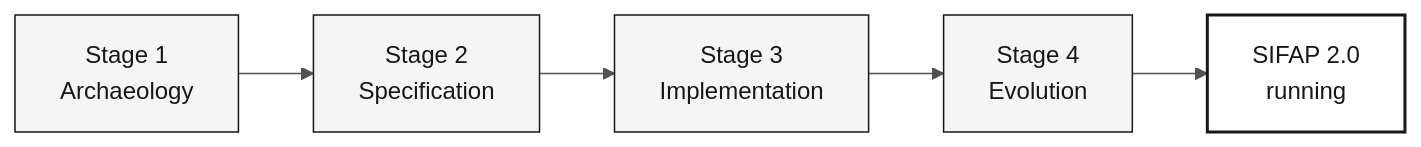
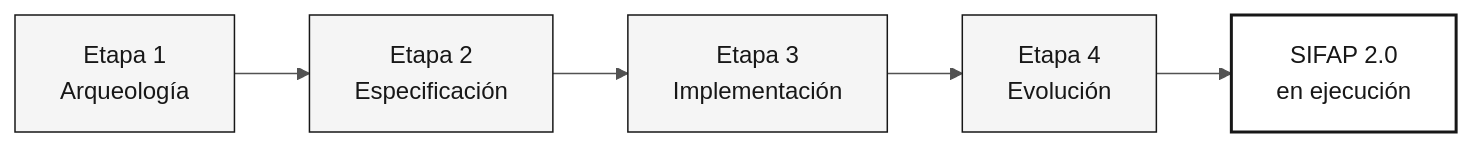
The diagram in docs/DOC-STYLE-GUIDE.md (paulasilvatech/datacorp-sifap-team-kit-pt-br), drawn with Mermaid before and after one commit. The commit also changed other lines of this file and 386 other files, not shown here.

````diff
--- a/docs/DOC-STYLE-GUIDE.md
+++ b/docs/DOC-STYLE-GUIDE.md
@@ -139,13 +139,13 @@
 ```mermaid
 %%{init: {'theme':'neutral','themeVariables':{'fontFamily':'ui-sans-serif, system-ui, sans-serif','primaryColor':'#F5F5F5','primaryTextColor':'#171717','primaryBorderColor':'#171717','lineColor':'#525252','secondaryColor':'#FFFFFF','tertiaryColor':'#FAFAFA','background':'#FFFFFF'}}}%%
 flowchart LR
     classDef step fill:#F5F5F5,stroke:#171717,color:#171717
     classDef alt fill:#FFFFFF,stroke:#525252,color:#171717
     classDef muted fill:#FAFAFA,stroke:#A3A3A3,color:#404040
     classDef result fill:#FFFFFF,stroke:#171717,color:#171717,stroke-width:2px
 
-    A["Stage 1<br/>Archaeology"]:::step --> B["Stage 2<br/>Specification"]:::step
-    B --> C["Stage 3<br/>Implementation"]:::step
-    C --> D["Stage 4<br/>Evolution"]:::step
-    D --> E["SIFAP 2.0<br/>running"]:::result
+    A["Etapa 1<br/>Arqueología"]:::step --> B["Etapa 2<br/>Especificación"]:::step
+    B --> C["Etapa 3<br/>Implementación"]:::step
+    C --> D["Etapa 4<br/>Evolución"]:::step
+    D --> E["SIFAP 2.0<br/>en ejecución"]:::result
 ```
````
